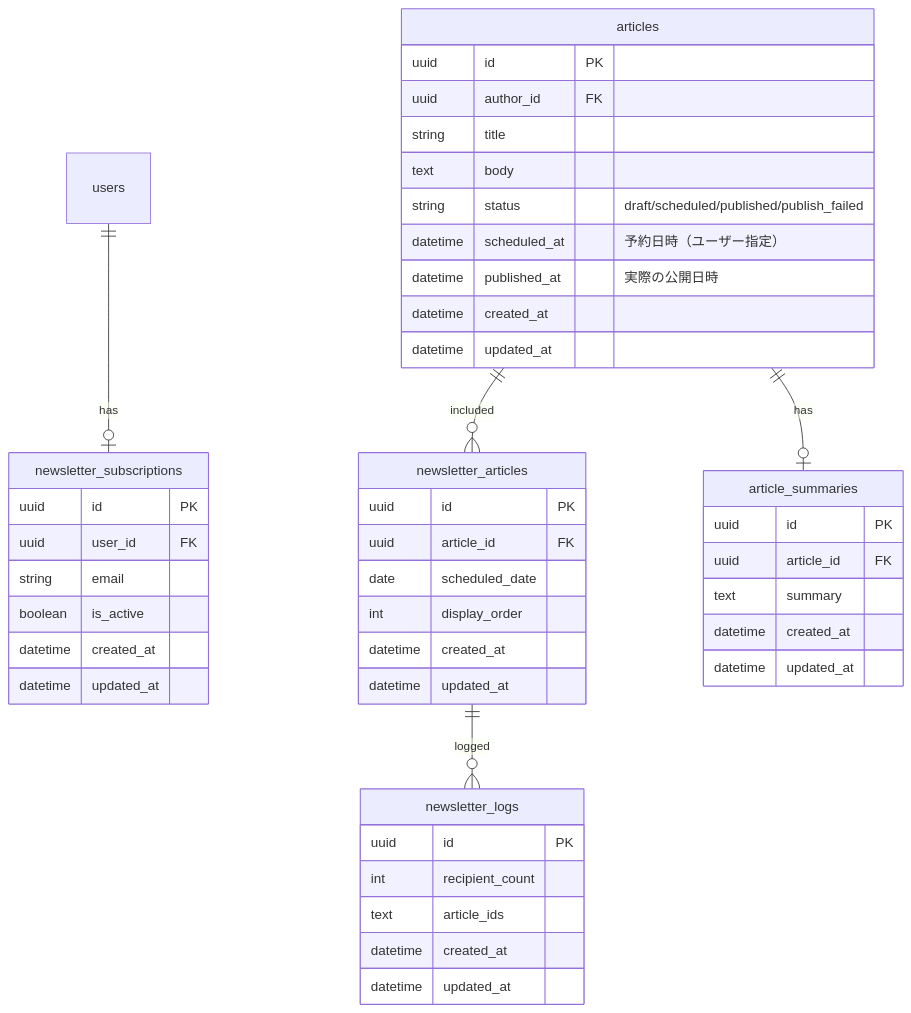
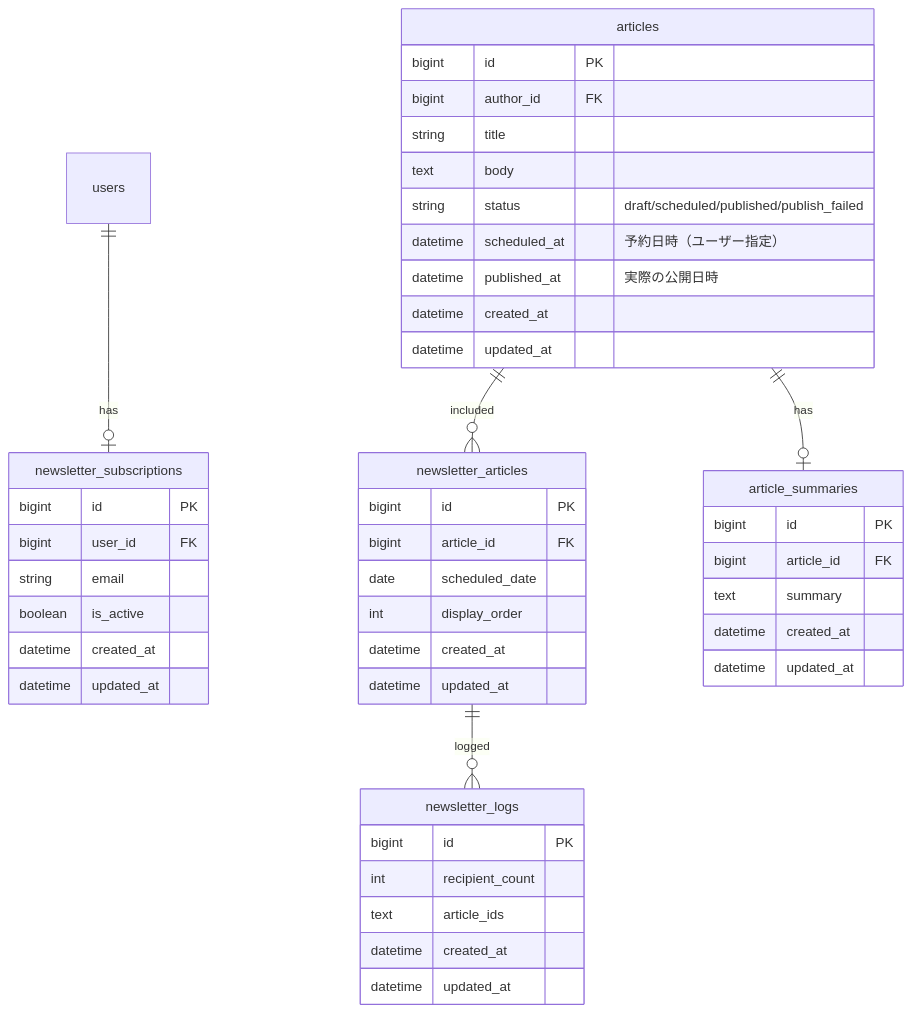
One commit to RRRRRRR-777/SikouLab changed the first of 3 diagrams in docs/functions/newsletter/home.md. Above: the diagram before and after it, drawn with Mermaid. The commit also changed 19 other files, not shown here.

````diff
--- a/docs/functions/newsletter/home.md
+++ b/docs/functions/newsletter/home.md
@@ -82,54 +82,54 @@
 ```mermaid
 erDiagram
     %% 正: docs/versions/1_0_0/data-model.md
     users ||--o| newsletter_subscriptions : "has"
     articles ||--o{ newsletter_articles : "included"
     articles ||--o| article_summaries : "has"
     newsletter_articles ||--o{ newsletter_logs : "logged"
 
     newsletter_subscriptions {
-        uuid id PK
-        uuid user_id FK
+        bigint id PK
+        bigint user_id FK
         string email
         boolean is_active
         datetime created_at
         datetime updated_at
     }
 
     newsletter_articles {
-        uuid id PK
-        uuid article_id FK
+        bigint id PK
+        bigint article_id FK
         date scheduled_date
         int display_order
         datetime created_at
         datetime updated_at
     }
 
     newsletter_logs {
-        uuid id PK
+        bigint id PK
         int recipient_count
         text article_ids
         datetime created_at
         datetime updated_at
     }
 
     article_summaries {
-        uuid id PK
-        uuid article_id FK
+        bigint id PK
+        bigint article_id FK
         text summary
         datetime created_at
         datetime updated_at
     }
 
     articles {
-        uuid id PK
-        uuid author_id FK
+        bigint id PK
+        bigint author_id FK
         string title
         text body
         string status "draft/scheduled/published/publish_failed"
         datetime scheduled_at "予約日時（ユーザー指定）"
         datetime published_at "実際の公開日時"
         datetime created_at
         datetime updated_at
     }
 ```
````
